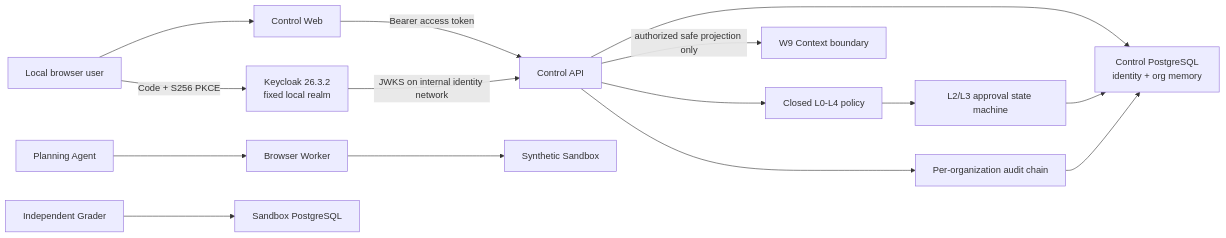
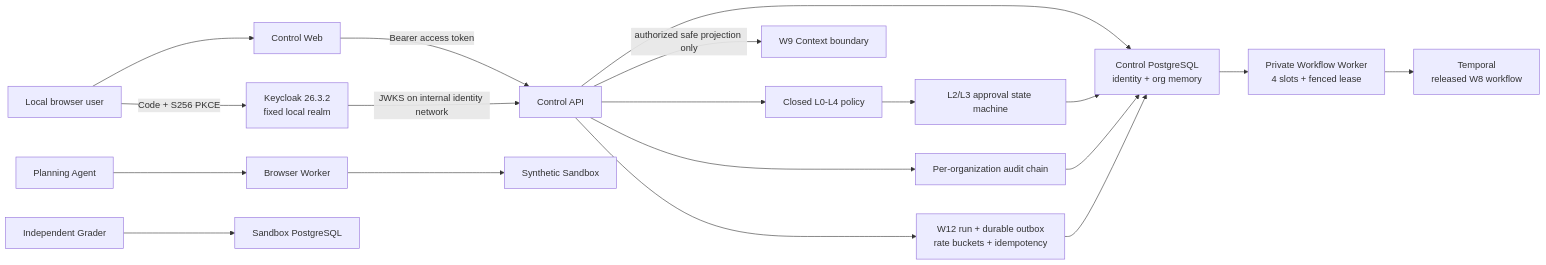
The diagram in README.md (taka-wzx/flowpilot-arena), drawn with Mermaid before and after one commit. The commit also changed other lines of this file and 68 other files, not shown here.

```diff
--- a/README.md
+++ b/README.md
@@ -31,17 +32,21 @@
 ~~~mermaid
 flowchart LR
     BrowserUser["Local browser user"] -->|"Code + S256 PKCE"| Keycloak["Keycloak 26.3.2\nfixed local realm"]
     BrowserUser --> Web["Control Web"]
     Web -->|"Bearer access token"| API["Control API"]
     Keycloak -->|"JWKS on internal identity network"| API
     API --> IdentityDB["Control PostgreSQL\nidentity + org memory"]
     API --> Risk["Closed L0-L4 policy"]
     Risk --> Approval["L2/L3 approval state machine"]
     Approval --> IdentityDB
     API --> Audit["Per-organization audit chain"]
     Audit --> IdentityDB
+    API --> Run["W12 run + durable outbox\nrate buckets + idempotency"]
+    Run --> IdentityDB
+    IdentityDB --> Worker["Private Workflow Worker\n4 slots + fenced lease"]
+    Worker --> Temporal["Temporal\nreleased W8 workflow"]
     API -->|"authorized safe projection only"| Context["W9 Context boundary"]
     Planning["Planning Agent"] --> Browser["Browser Worker"]
     Browser --> Sandbox["Synthetic Sandbox"]
     Grader["Independent Grader"] --> SandboxDB["Sandbox PostgreSQL"]
 ~~~
```
